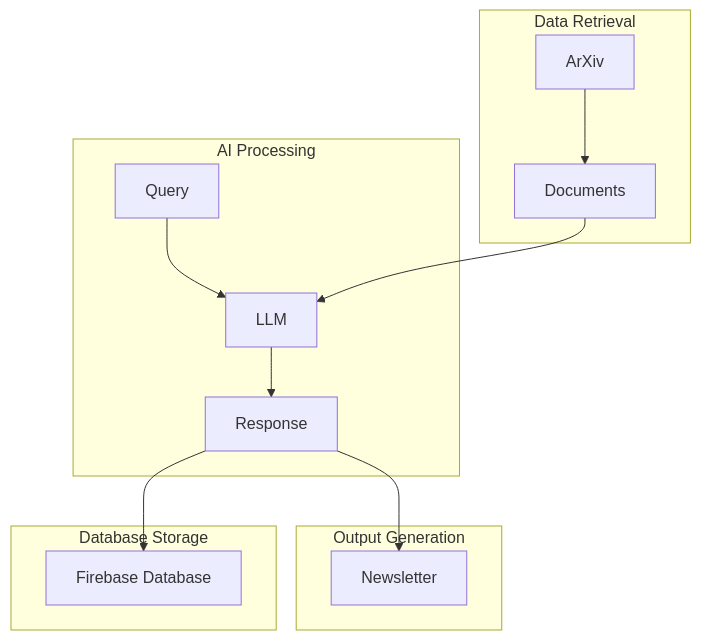
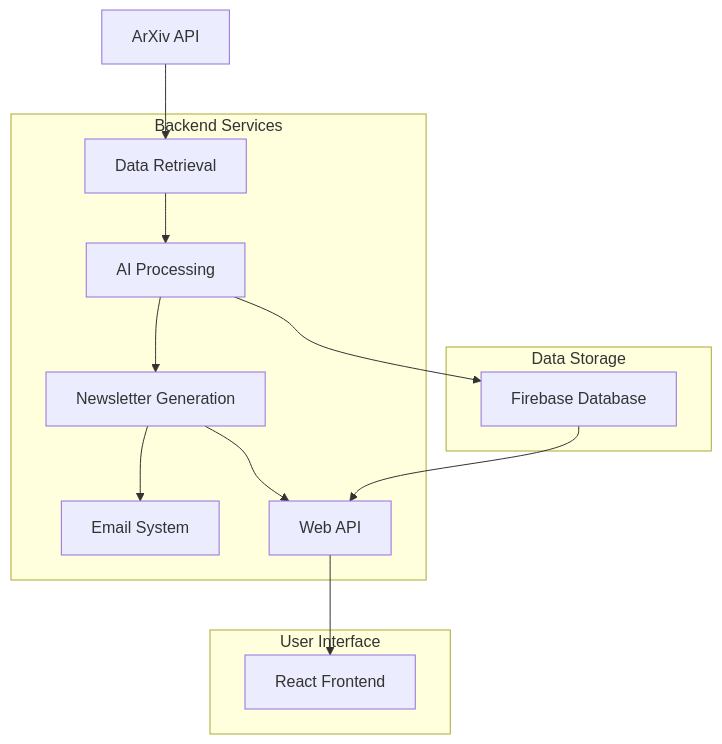
Before and after one commit to giuliobarde/MedDigest: the diagram in README.md, drawn with Mermaid. The commit also changed other lines of this file, not shown here.

````diff
--- a/README.md
+++ b/README.md
@@ -22,28 +33,27 @@
 ```mermaid
 graph TD
-    A[ArXiv] --> B[Documents]
-    C[Query] --> D[LLM]
-    B --> D
-    D --> E[Response]
-    E --> F[Newsletter]
-    E --> G[Firebase Database]
-
-    subgraph "Data Retrieval"
-        A
+    A[ArXiv API] --> B[Data Retrieval]
+    B --> C[AI Processing]
+    C --> D[Firebase Database]
+    C --> E[Newsletter Generation]
+    E --> F[Email System]
+    E --> G[Web API]
+    G --> H[React Frontend]
+    D --> G
+    
+    subgraph "Backend Services"
         B
-    end
-
-    subgraph "AI Processing"
         C
-        D
         E
-    end
-
-    subgraph "Output Generation"
         F
-    end
-
-    subgraph "Database Storage"
         G
     end
+    
+    subgraph "Data Storage"
+        D
+    end
+    
+    subgraph "User Interface"
+        H
+    end
 ```
````
